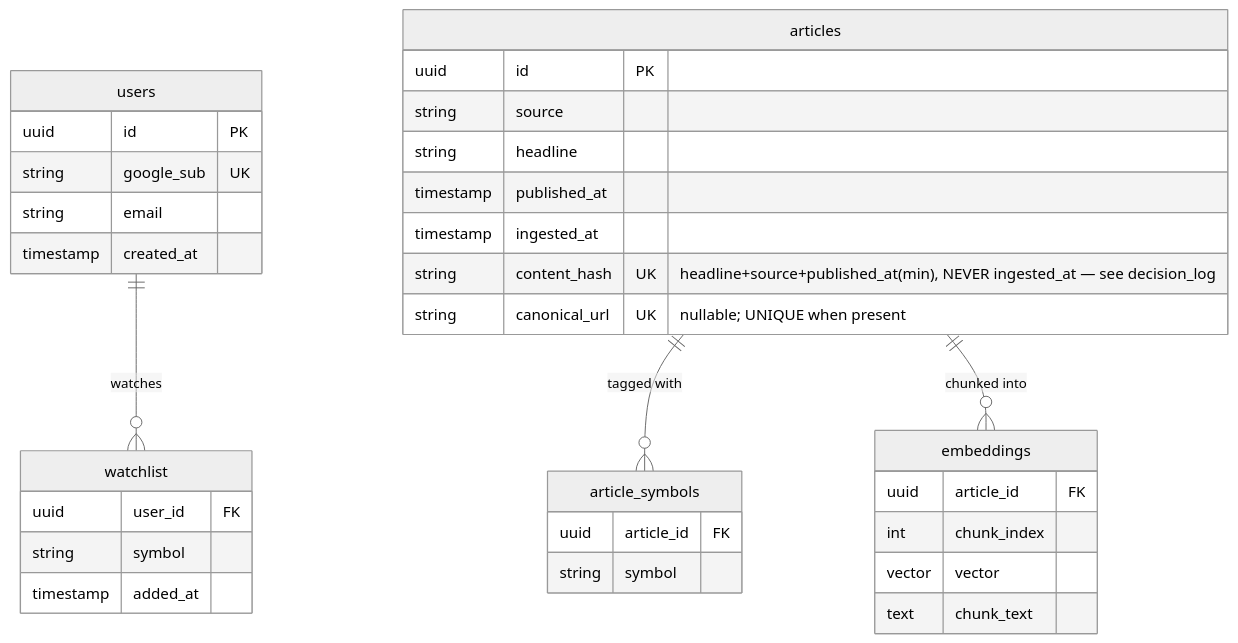
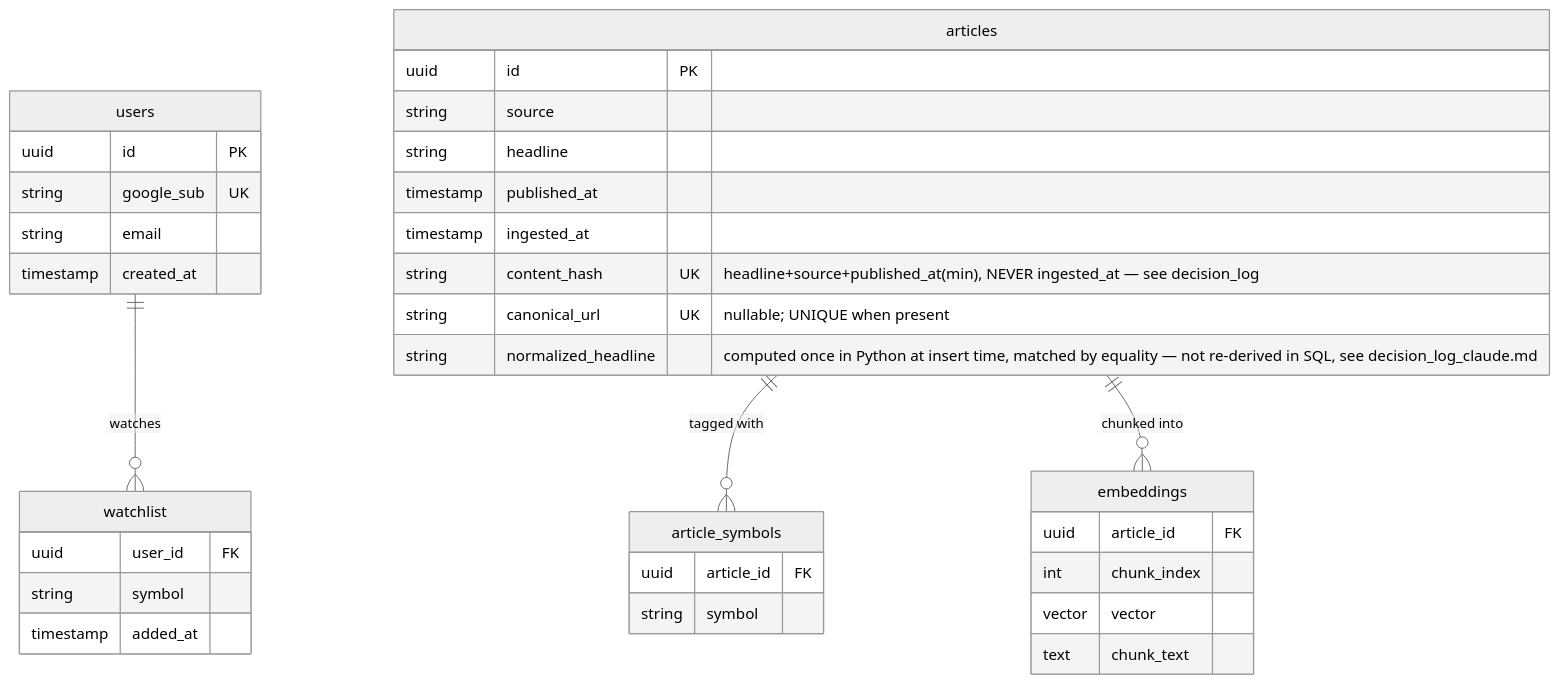
One commit to Aumie/stock-news changed the first of 3 diagrams in docs/er-diagram.md. Above: the diagram before and after it, drawn with Mermaid (neutral theme). The commit also changed other lines of this file and 27 other files, not shown here.

````diff
--- a/docs/er-diagram.md
+++ b/docs/er-diagram.md
@@ -7,41 +7,42 @@
 ```mermaid
 erDiagram
     users ||--o{ watchlist : "watches"
     articles ||--o{ article_symbols : "tagged with"
     articles ||--o{ embeddings : "chunked into"
 
     users {
         uuid id PK
         string google_sub UK
         string email
         timestamp created_at
     }
 
     watchlist {
         uuid user_id FK
         string symbol
         timestamp added_at
     }
 
     articles {
         uuid id PK
         string source
         string headline
         timestamp published_at
         timestamp ingested_at
         string content_hash UK "headline+source+published_at(min), NEVER ingested_at — see decision_log"
         string canonical_url UK "nullable; UNIQUE when present"
+        string normalized_headline "computed once in Python at insert time, matched by equality — not re-derived in SQL, see decision_log_claude.md"
     }
 
     article_symbols {
         uuid article_id FK
         string symbol
     }
 
     embeddings {
         uuid article_id FK
         int chunk_index
         vector vector
         text chunk_text
     }
 ```
````
